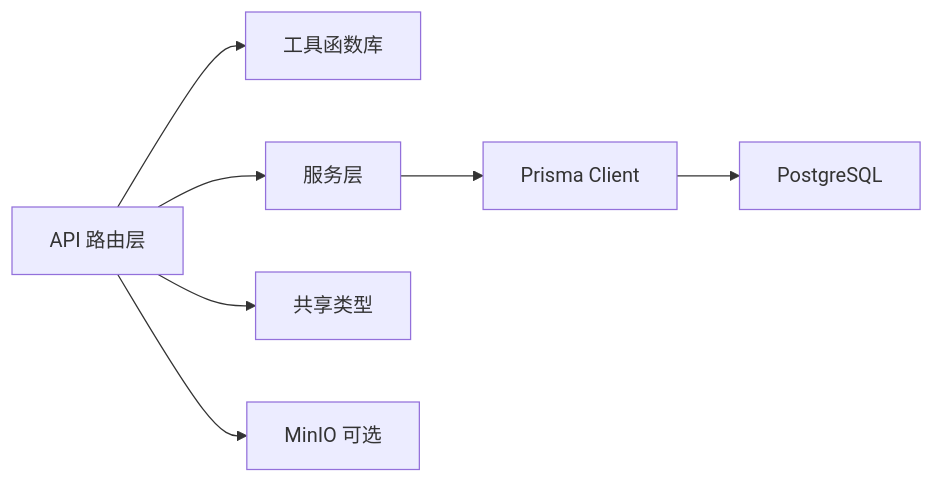
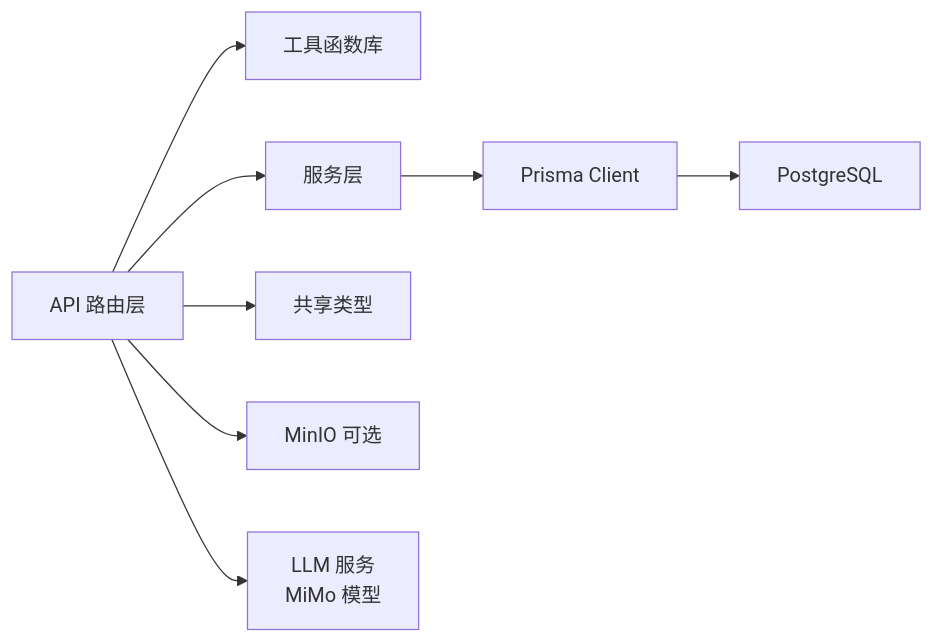
The third of 4 diagrams in .qoder/repowiki/zh/content/API 接口文档.md (ai-guru-global/agent-up), drawn with Mermaid before and after one commit. The commit also changed other lines of this file and 32 other files, not shown here.

````diff
--- a/.qoder/repowiki/zh/content/API 接口文档.md
+++ b/.qoder/repowiki/zh/content/API 接口文档.md
@@ -780,9 +974,10 @@
 ```mermaid
 graph LR
 Route["API 路由层"] --> Utils["工具函数库"]
 Route --> Services["服务层"]
 Services --> Prisma["Prisma Client"]
 Prisma --> PG["PostgreSQL"]
 Route --> SharedTypes["共享类型"]
 Route --> Storage["MinIO 可选"]
+Route --> LLM["LLM 服务<br/>MiMo 模型"]
 ```
````
